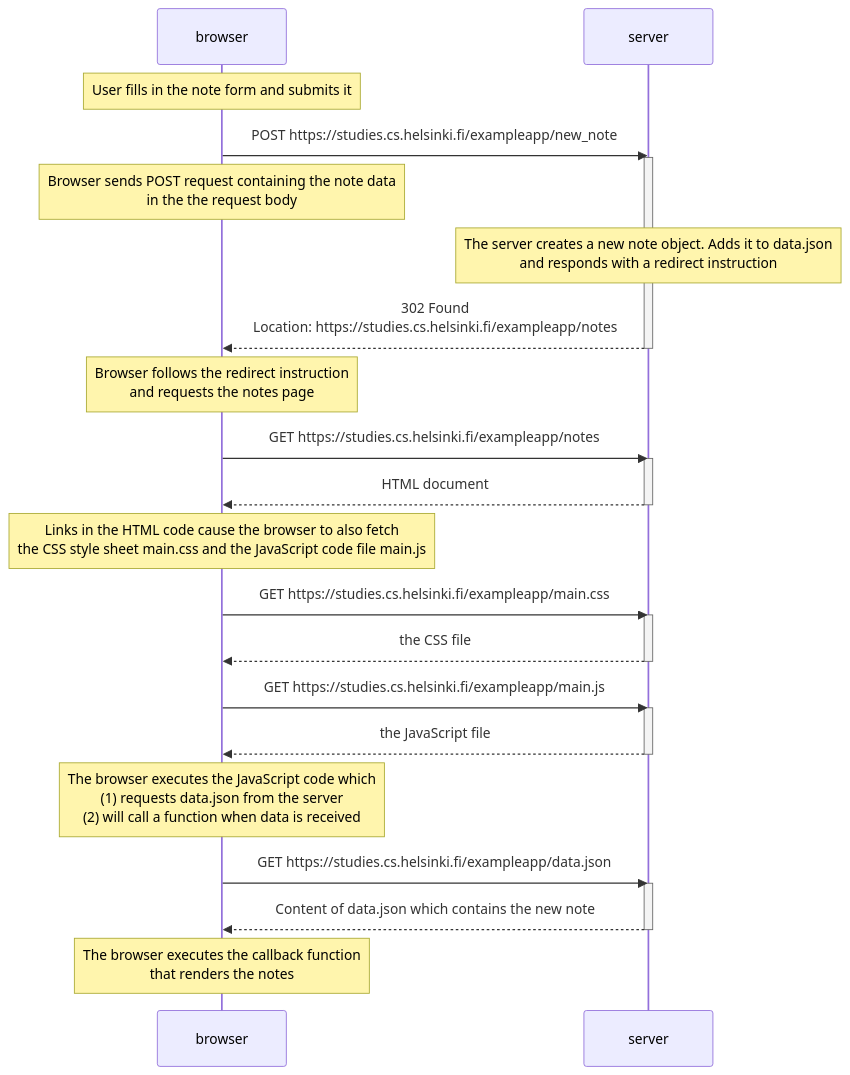
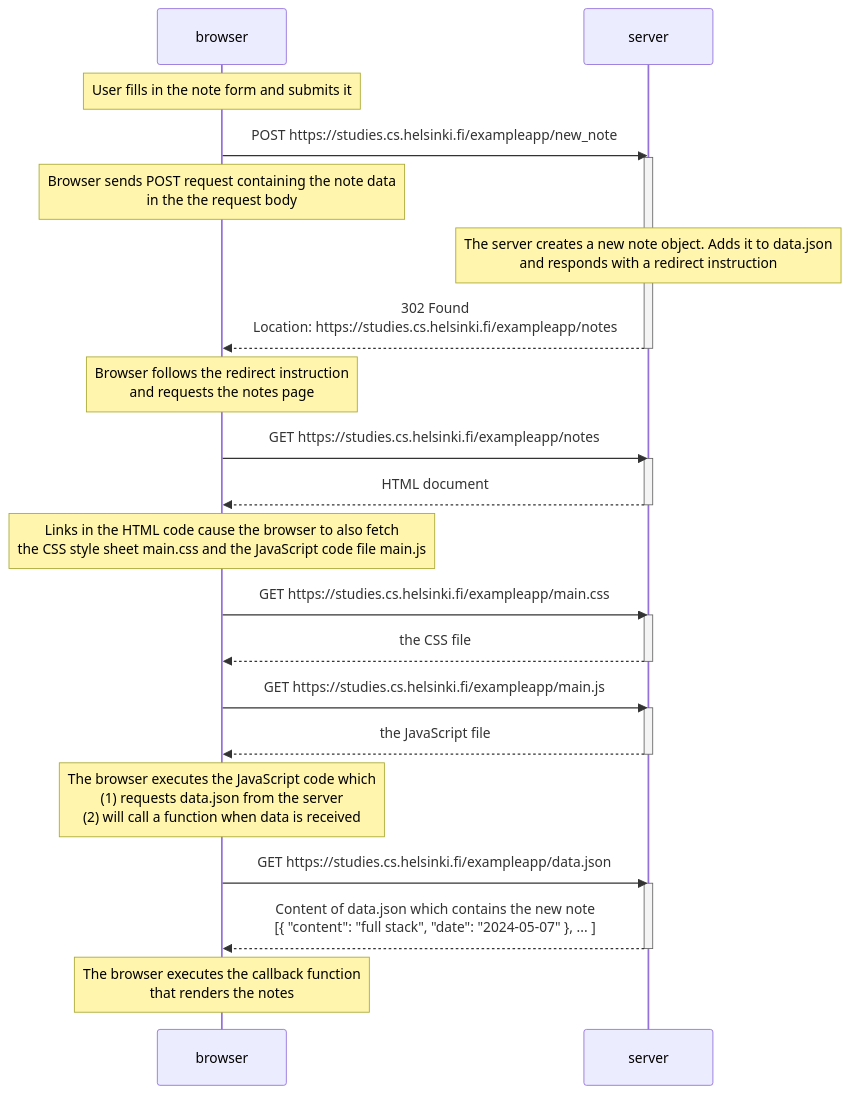
Before and after one commit to GDimitroff/fullstackopen: the diagram in part0/0.4_new_note_diagram.md, drawn with Mermaid. The commit also changed 1 other file, not shown here.

Commit message:
Add sequence diagram for initial loading single page app

````diff
--- a/part0/0.4_new_note_diagram.md
+++ b/part0/0.4_new_note_diagram.md
@@ -1,38 +1,38 @@
 ```mermaid
 sequenceDiagram
     participant browser
     participant server
 
     Note over browser: User fills in the note form and submits it
     browser->>server: POST https://studies.cs.helsinki.fi/exampleapp/new_note
     activate server
     Note over browser: Browser sends POST request containing the note data<br>in the the request body
     Note over server: The server creates a new note object. Adds it to data.json<br>and responds with a redirect instruction
     server-->>browser: 302 Found<br>Location: https://studies.cs.helsinki.fi/exampleapp/notes
     deactivate server
 
     Note over browser: Browser follows the redirect instruction<br>and requests the notes page
     browser->>server: GET https://studies.cs.helsinki.fi/exampleapp/notes
     activate server
     server-->>browser: HTML document
     deactivate server
 
     Note over browser: Links in the HTML code cause the browser to also fetch<br>the CSS style sheet main.css and the JavaScript code file main.js
     browser->>server: GET https://studies.cs.helsinki.fi/exampleapp/main.css
     activate server
     server-->>browser: the CSS file
     deactivate server
 
     browser->>server: GET https://studies.cs.helsinki.fi/exampleapp/main.js
     activate server
     server-->>browser: the JavaScript file
     deactivate server
 
     Note over browser: The browser executes the JavaScript code which<br>(1) requests data.json from the server<br>(2) will call a function when data is received
     browser->>server: GET https://studies.cs.helsinki.fi/exampleapp/data.json
     activate server
-    server-->>browser: Content of data.json which contains the new note
+    server-->>browser: Content of data.json which contains the new note<br>[{ "content": "full stack", "date": "2024-05-07" }, ... ]
     deactivate server
 
     Note over browser: The browser executes the callback function<br>that renders the notes
 ```
````
